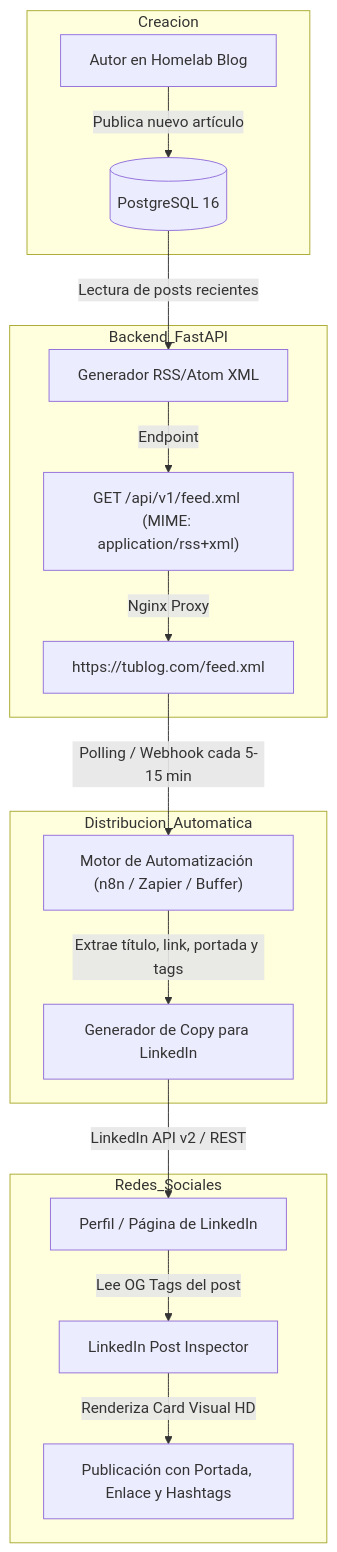
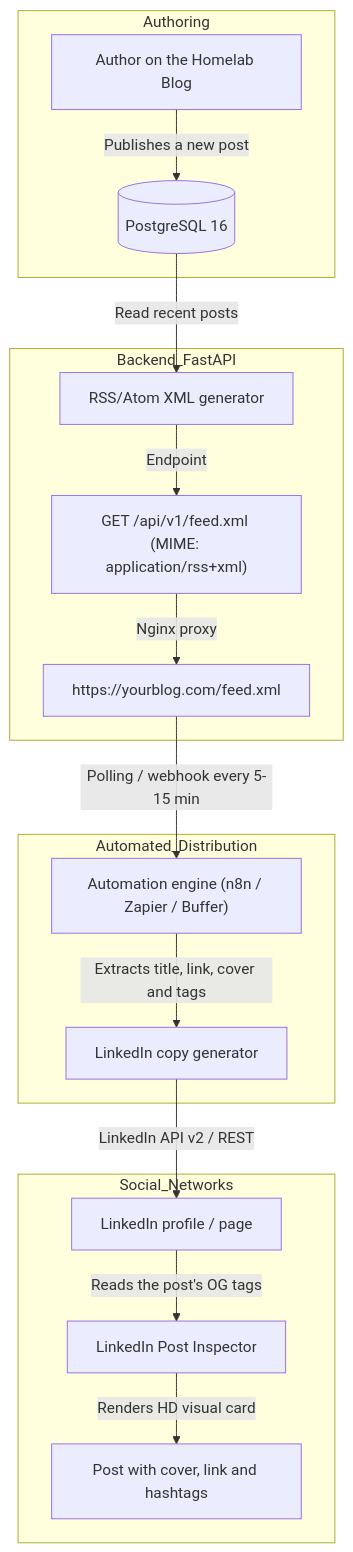
One commit to AnthoRuiz/DevBlog changed the diagram in docs/plans/FEAT_RSS_LINKEDIN_SPEC.md. Above: the diagram before and after it, drawn with Mermaid. The commit also changed other lines of this file, not shown here.

Commit message:
docs: translate RSS/LinkedIn feature spec to English

````diff
--- a/docs/plans/FEAT_RSS_LINKEDIN_SPEC.md
+++ b/docs/plans/FEAT_RSS_LINKEDIN_SPEC.md
@@ -21,23 +21,23 @@
 ```mermaid
 flowchart TD
-    subgraph Creacion
-        Author[Autor en Homelab Blog] -->|Publica nuevo artículo| DB[(PostgreSQL 16)]
+    subgraph Authoring
+        Author[Author on the Homelab Blog] -->|Publishes a new post| DB[(PostgreSQL 16)]
     end
 
     subgraph Backend_FastAPI
-        DB -->|Lectura de posts recientes| RSSGen[Generador RSS/Atom XML]
+        DB -->|Read recent posts| RSSGen[RSS/Atom XML generator]
         RSSGen -->|Endpoint| FeedRoute["GET /api/v1/feed.xml (MIME: application/rss+xml)"]
-        FeedRoute -->|Nginx Proxy| PublicFeed["https://tublog.com/feed.xml"]
+        FeedRoute -->|Nginx proxy| PublicFeed["https://yourblog.com/feed.xml"]
     end
 
-    subgraph Distribucion_Automatica
-        PublicFeed -->|Polling / Webhook cada 5-15 min| AutomationEngine["Motor de Automatización (n8n / Zapier / Buffer)"]
-        AutomationEngine -->|Extrae título, link, portada y tags| Formatter[Generador de Copy para LinkedIn]
+    subgraph Automated_Distribution
+        PublicFeed -->|Polling / webhook every 5-15 min| AutomationEngine["Automation engine (n8n / Zapier / Buffer)"]
+        AutomationEngine -->|Extracts title, link, cover and tags| Formatter[LinkedIn copy generator]
     end
 
-    subgraph Redes_Sociales
-        Formatter -->|LinkedIn API v2 / REST| LinkedInProfile[Perfil / Página de LinkedIn]
-        LinkedInProfile -->|Lee OG Tags del post| OGParser[LinkedIn Post Inspector]
-        OGParser -->|Renderiza Card Visual HD| LinkedInFeed[Publicación con Portada, Enlace y Hashtags]
+    subgraph Social_Networks
+        Formatter -->|LinkedIn API v2 / REST| LinkedInProfile[LinkedIn profile / page]
+        LinkedInProfile -->|Reads the post's OG tags| OGParser[LinkedIn Post Inspector]
+        OGParser -->|Renders HD visual card| LinkedInFeed[Post with cover, link and hashtags]
     end
 ```
````
